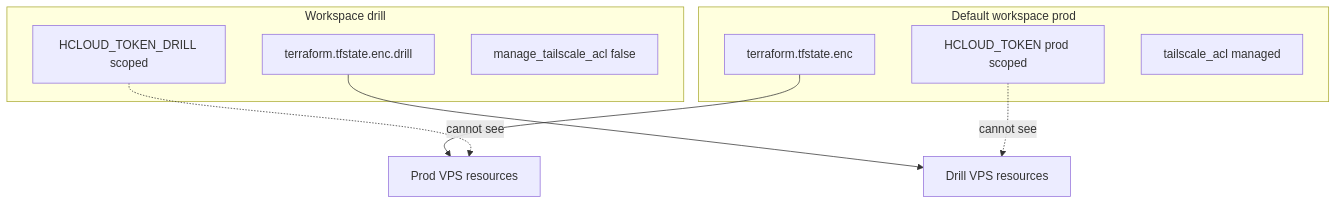
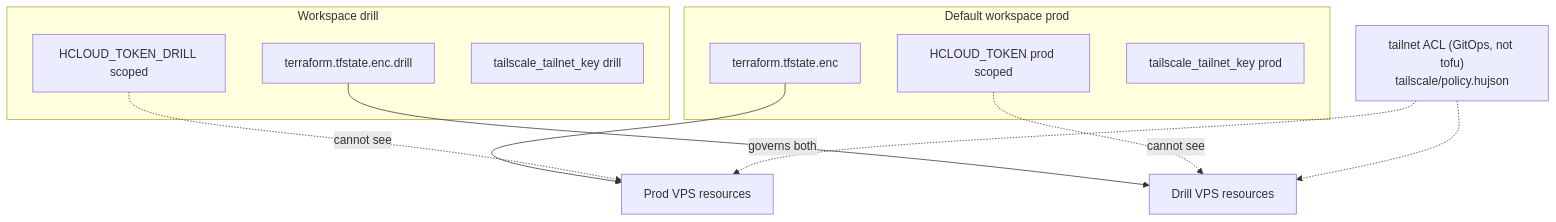
One commit to chipi/podcast_scraper changed the third of 6 diagrams in docs/architecture/HOSTING_AND_INFRASTRUCTURE.md. Above: the diagram before and after it, drawn with Mermaid. The commit also changed other lines of this file and 2 other files, not shown here.

First line of the commit message:
docs(infra): tailnet & networking runbook + reconcile HOSTING to the GitOps/tofu split

````diff
--- a/docs/architecture/HOSTING_AND_INFRASTRUCTURE.md
+++ b/docs/architecture/HOSTING_AND_INFRASTRUCTURE.md
@@ -173,19 +181,21 @@
 ```mermaid
 flowchart TB
   subgraph prodws["Default workspace prod"]
     ENC1["terraform.tfstate.enc"]
     HC1["HCLOUD_TOKEN prod scoped"]
-    ACL1["tailscale_acl managed"]
+    KEY1["tailscale_tailnet_key prod"]
   end
 
   subgraph drillws["Workspace drill"]
     ENC2["terraform.tfstate.enc.drill"]
     HC2["HCLOUD_TOKEN_DRILL scoped"]
-    ACL2["manage_tailscale_acl false"]
+    KEY2["tailscale_tailnet_key drill"]
   end
 
   ENC1 --> VPS1["Prod VPS resources"]
   ENC2 --> VPS2["Drill VPS resources"]
   HC1 -.->|"cannot see"| VPS2
   HC2 -.->|"cannot see"| VPS1
+  ACL["tailnet ACL (GitOps, not tofu)<br/>tailscale/policy.hujson"] -.->|"governs both"| VPS1
+  ACL -.-> VPS2
 ```
````
